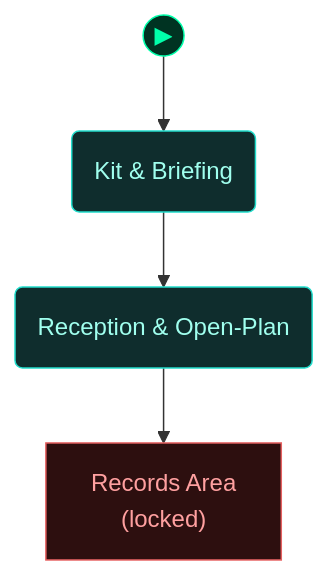
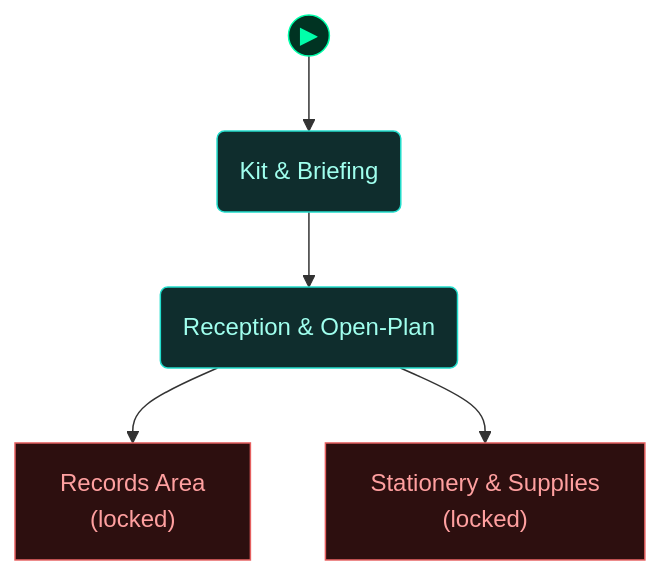
One commit to cliffe/BreakEscape changed the fourth of 5 diagrams in scenarios/lab_physical_pentest/dungeon_graph.md. Above: the diagram before and after it, drawn with Mermaid. The commit also changed other lines of this file and 6 other files, not shown here.

Commit message:
lab_physical_pentest pass 2 (opus48): disguise swap, unlocked/locked screens, shoulder-surf, RFID clone, lockpick store room, juice-jack cable, action icons

````diff
--- a/scenarios/lab_physical_pentest/dungeon_graph.md
+++ b/scenarios/lab_physical_pentest/dungeon_graph.md
@@ -166,32 +180,34 @@
 ```mermaid
 flowchart TD
 
   classDef room      fill:#0f2d2d,stroke:#22ddcc,color:#a0ffee
   classDef lock      fill:#2d0f0f,stroke:#e66060,color:#ffa0a0
   classDef key       fill:#2d0812,stroke:#e66060,color:#ffa0a0
   classDef item      fill:#2d1200,stroke:#e89030,color:#ffcc80
   classDef gate      fill:#111,stroke:#666,color:#eee
   classDef vm        fill:#0c1f40,stroke:#4a90d9,color:#a0c8ff
   classDef flag      fill:#1a0c2d,stroke:#9060d0,color:#cc99ff
   classDef action    fill:#1a1200,stroke:#cc9922,color:#ffee88
   classDef aim       fill:#0d2a0d,stroke:#44cc44,color:#88ff88
   classDef aim_gate  fill:#111111,stroke:#44cc44,color:#44cc44
   classDef container fill:#1a2d1a,stroke:#60b060,color:#a0e0a0
   classDef npc       fill:#2d1f0d,stroke:#d0a050,color:#ffe0a0
   classDef critical  fill:#2a1500,stroke:#ffaa00,color:#ffdd88
   classDef start     fill:#003322,stroke:#00ffaa,color:#00ffaa
 
   node_start(("▶"))
   node_start --> briefing_room
 
   briefing_room("Kit & Briefing")
   open_plan("Reception & Open-Plan")
   secure_area["Records Area<br/>(locked)"]
+  store_room["Stationery & Supplies<br/>(locked)"]
 
   briefing_room --> open_plan
   open_plan --> secure_area
+  open_plan --> store_room
 
   class briefing_room,open_plan room
-  class secure_area lock
+  class secure_area,store_room lock
   class node_start start
 ```
````
